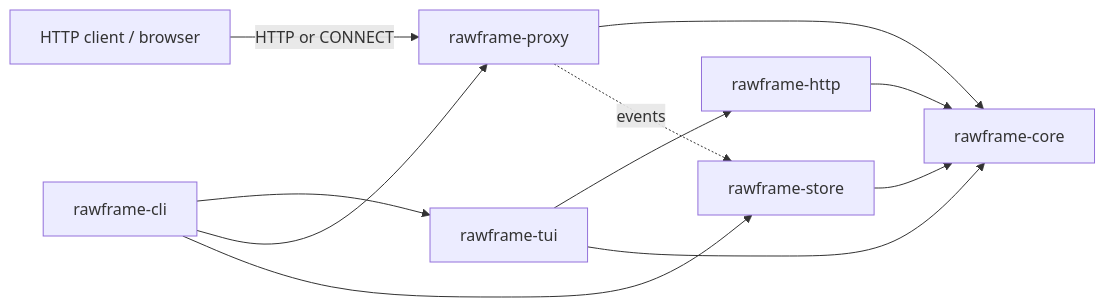
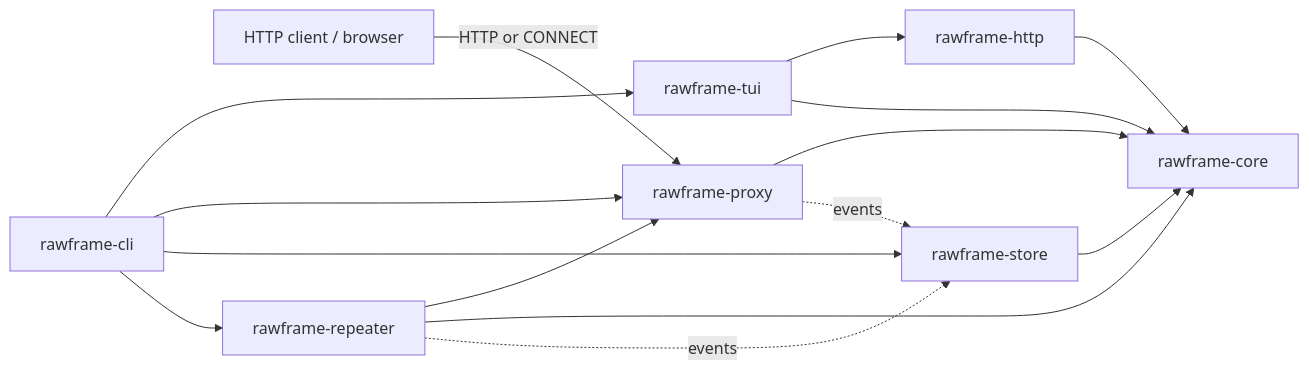
One commit to dustin04x/RAWFR4ME changed the diagram in README.md. Above: the diagram before and after it, drawn with Mermaid. The commit also changed other lines of this file and 43 other files, not shown here.

````diff
--- a/README.md
+++ b/README.md
@@ -99,13 +115,17 @@
 ```mermaid
 flowchart LR
     client[HTTP client / browser] -->|HTTP or CONNECT| proxy[rawframe-proxy]
     cli[rawframe-cli] --> tui[rawframe-tui]
     cli --> proxy
     cli --> store[rawframe-store]
+    cli --> repeater[rawframe-repeater]
+    repeater --> proxy
     tui --> http[rawframe-http]
     tui --> core[rawframe-core]
     proxy --> core
     store --> core
+    repeater --> core
     http --> core
     proxy -. events .-> store
+    repeater -. events .-> store
 ```
````
